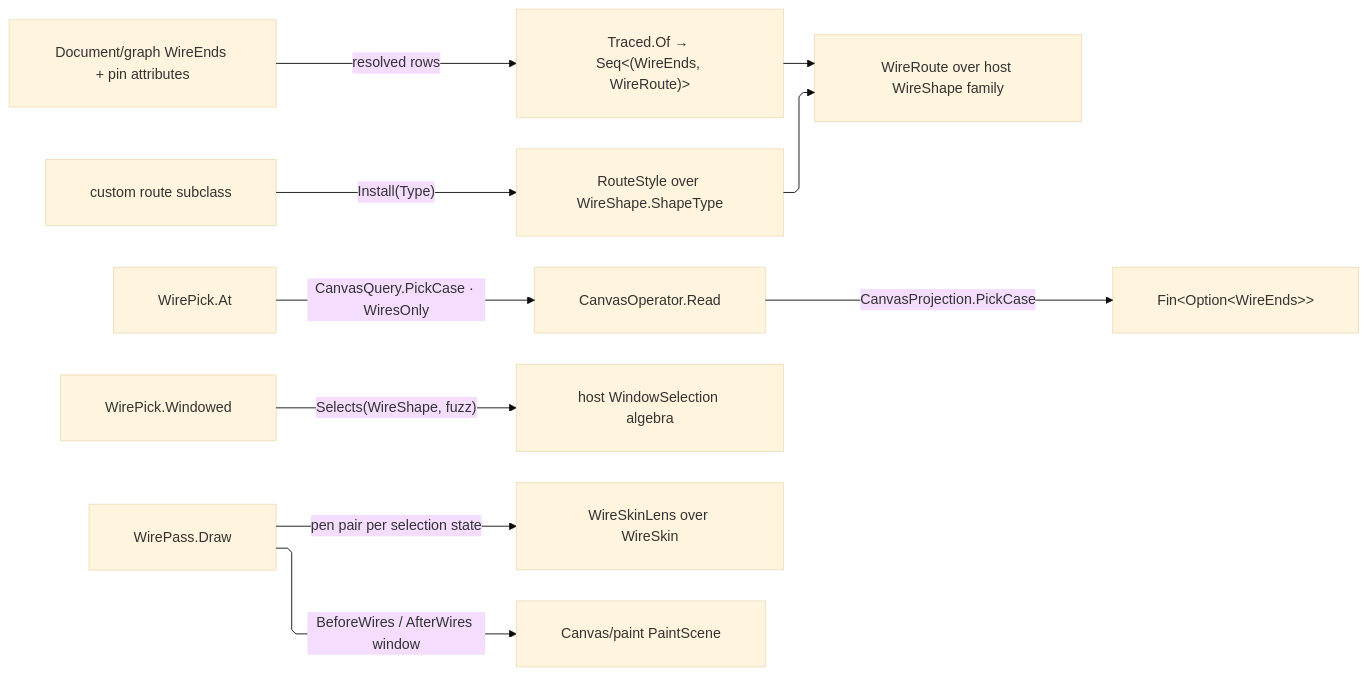
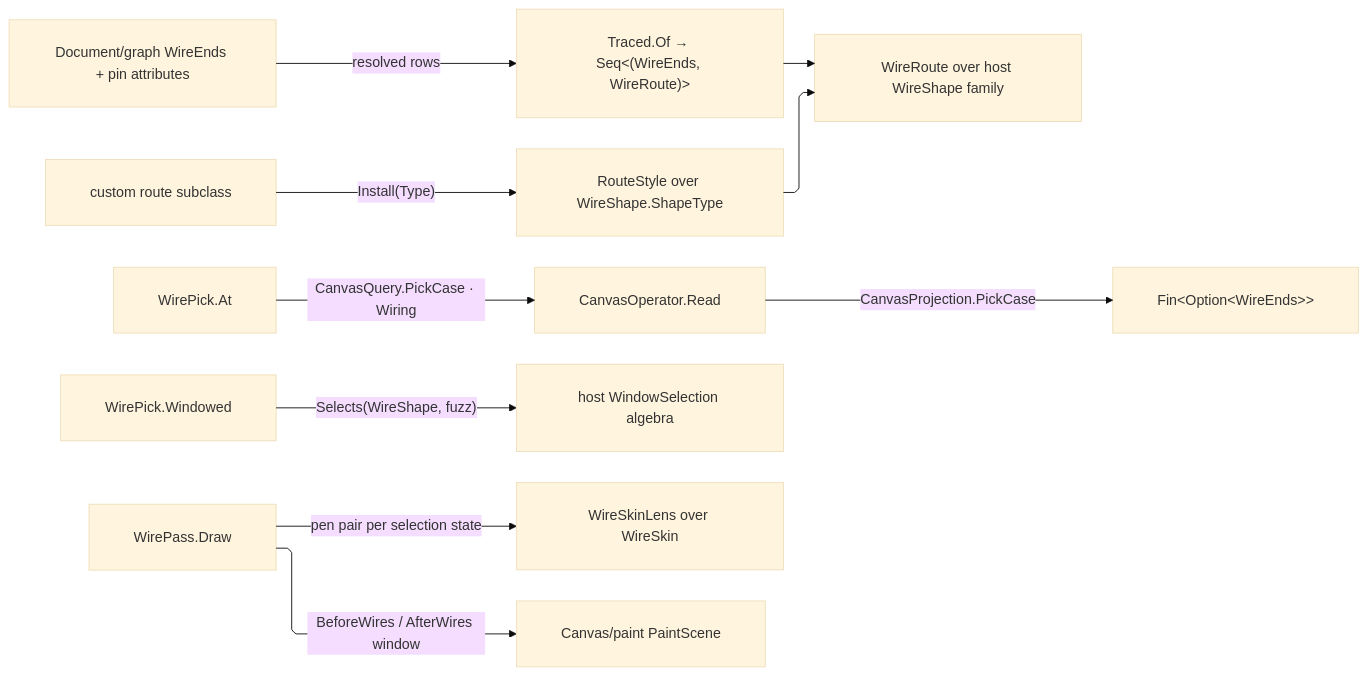
The diagram in libs/csharp/Rasm.Grasshopper/.planning/Canvas/wires.md (bsamiee/Rasm), drawn with Mermaid (base theme) before and after one commit. The commit also changed other lines of this file and 693 other files, not shown here.

````diff
--- a/libs/csharp/Rasm.Grasshopper/.planning/Canvas/wires.md
+++ b/libs/csharp/Rasm.Grasshopper/.planning/Canvas/wires.md
@@ -204,21 +204,21 @@
 ```mermaid
 ---
 config:
   layout: elk
   flowchart:
     curve: linear
     padding: 25
 ---
 flowchart LR
     accTitle: Grasshopper wire visual boundary
     accDescr: Resolved graph pins produce wire routes, custom shapes enter through the public style seam, point picks cross the closed canvas query and projection rail, marquee selection remains host-owned, and the paint pass resolves optional detail ink.
     Graph["Document/graph WireEnds + pin attributes"] -->|resolved rows| Trace["Traced.Of → Seq&lt;(WireEnds, WireRoute)&gt;"]
     Trace --> Route["WireRoute over host WireShape family"]
     Plugin["custom route subclass"] -->|"Install(Type)"| Style["RouteStyle over WireShape.ShapeType"]
     Style --> Route
-    PickRequest["WirePick.At"] -->|"CanvasQuery.PickCase · WiresOnly"| CanvasPage["CanvasOperator.Read"]
+    PickRequest["WirePick.At"] -->|"CanvasQuery.PickCase · Wiring"| CanvasPage["CanvasOperator.Read"]
     CanvasPage -->|"CanvasProjection.PickCase"| PickResult["Fin&lt;Option&lt;WireEnds&gt;&gt;"]
     Marquee["WirePick.Windowed"] -->|"Selects(WireShape, fuzz)"| Host["host WindowSelection algebra"]
     Pass["WirePass.Draw"] -->|"pen pair per selection state"| SkinLens["WireSkinLens over WireSkin"]
     Pass -->|"BeforeWires / AfterWires window"| PaintPage["Canvas/paint PaintScene"]
 ```
````
